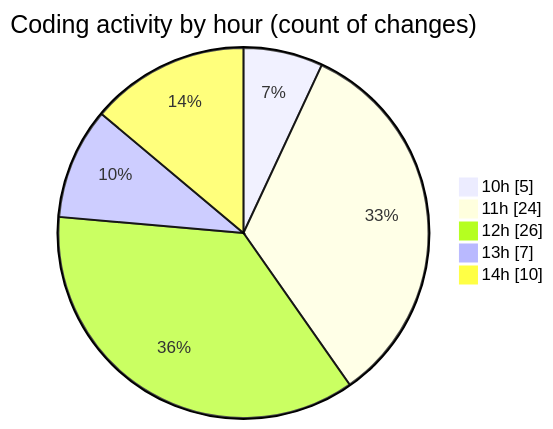
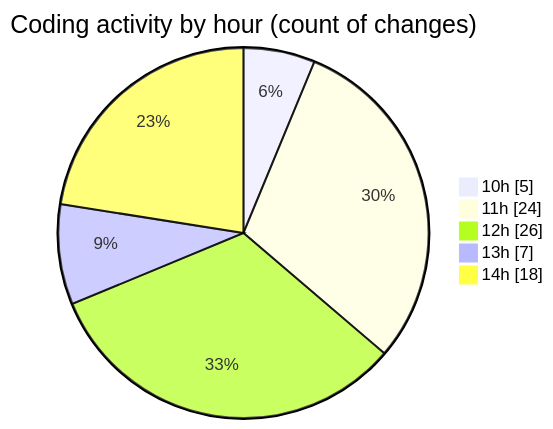
Before and after one commit to nxtqubesakshisongat/code-tracking: the second of 2 diagrams in 2025-06-21/nxtqube_webapp/README.md, drawn with Mermaid. The commit also changed other lines of this file and 1 other file, not shown here.

````diff
--- a/2025-06-21/nxtqube_webapp/README.md
+++ b/2025-06-21/nxtqube_webapp/README.md
@@ -34,9 +34,9 @@
 ```mermaid
 pie showData
 title Coding activity by hour (count of changes)
 "10h" : 5
 "11h" : 24
 "12h" : 26
 "13h" : 7
-"14h" : 10
+"14h" : 18
 ```
````
